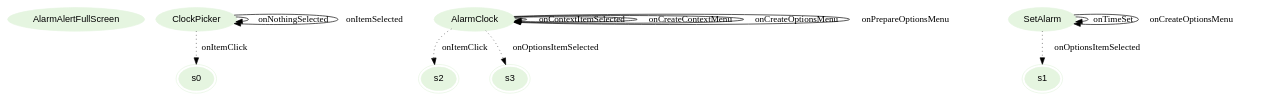
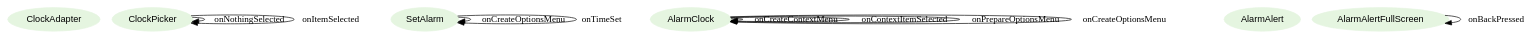
Before and after one commit to hans89/astparser: the diagram in graphviz/AlarmClock.gv, drawn with Graphviz. The commit also changed 11 other files, not shown here.

```diff
--- a/graphviz/AlarmClock.gv
+++ b/graphviz/AlarmClock.gv
@@ -1,24 +1,19 @@
 digraph {
 fontname="Helvetica";
 node[style=filled, fontname="Helvetica", colorscheme=greens3, color=1];
-AlarmAlertFullScreen;
-s0[peripheries=2];
-s2[peripheries=2];
+ClockAdapter;
 ClockPicker;
 SetAlarm;
 AlarmClock;
-s1[peripheries=2];
-s3[peripheries=2];
-AlarmClock -> s2[label="onItemClick",style=dotted];
-SetAlarm -> s1[label="onOptionsItemSelected",style=dotted];
+AlarmAlert;
+AlarmAlertFullScreen;
+AlarmClock -> AlarmClock[label="onCreateContextMenu"];
+SetAlarm -> SetAlarm[label="onCreateOptionsMenu"];
+SetAlarm -> SetAlarm[label="onTimeSet"];
 ClockPicker -> ClockPicker[label="onNothingSelected"];
 AlarmClock -> AlarmClock[label="onContextItemSelected"];
-AlarmClock -> s3[label="onOptionsItemSelected",style=dotted];
-AlarmClock -> AlarmClock[label="onCreateContextMenu"];
+AlarmClock -> AlarmClock[label="onPrepareOptionsMenu"];
+ClockPicker -> ClockPicker[label="onItemSelected"];
 AlarmClock -> AlarmClock[label="onCreateOptionsMenu"];
-ClockPicker -> ClockPicker[label="onItemSelected"];
-AlarmClock -> AlarmClock[label="onPrepareOptionsMenu"];
-SetAlarm -> SetAlarm[label="onTimeSet"];
-ClockPicker -> s0[label="onItemClick",style=dotted];
-SetAlarm -> SetAlarm[label="onCreateOptionsMenu"];
+AlarmAlertFullScreen -> AlarmAlertFullScreen[label="onBackPressed"];
 }
```
